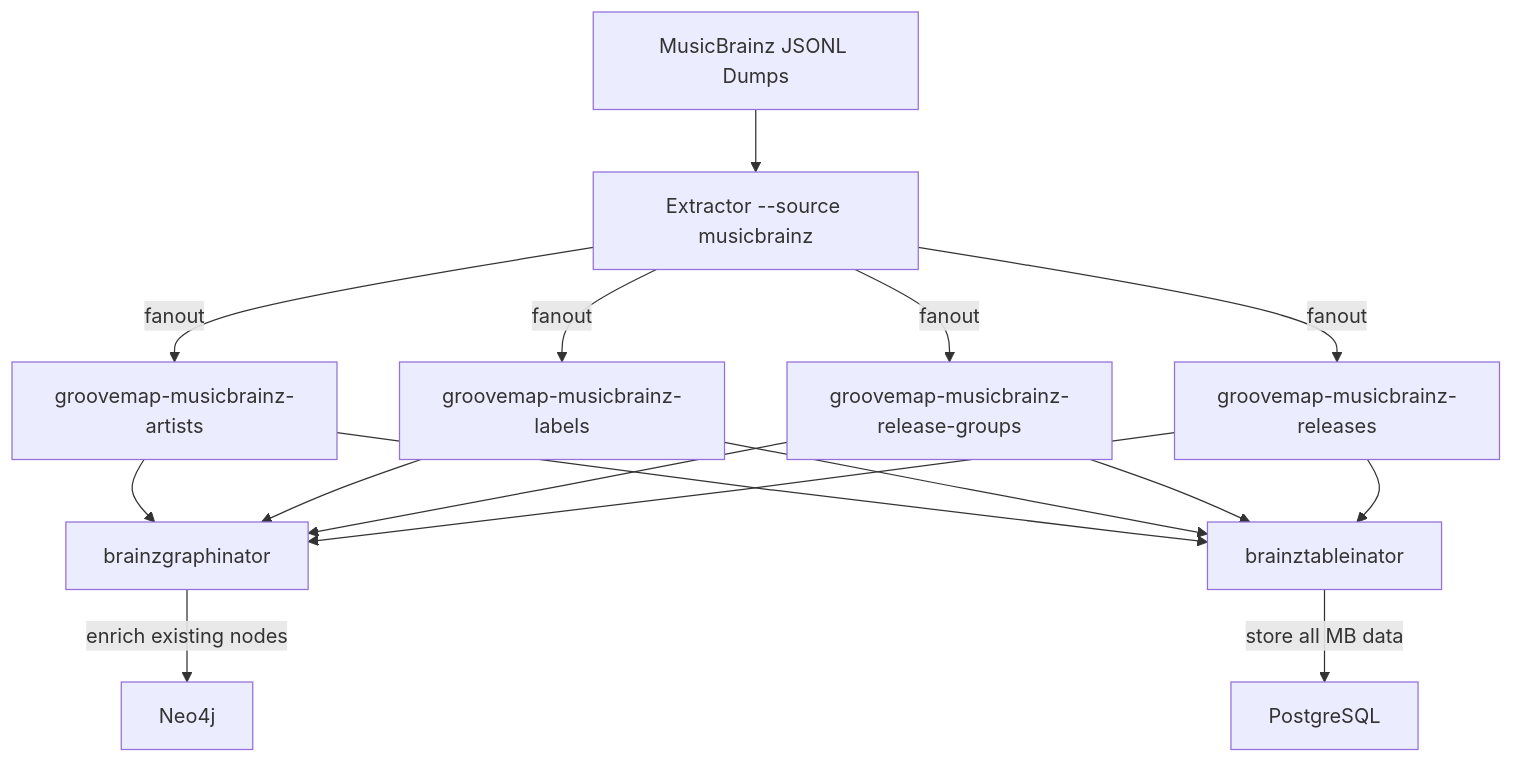
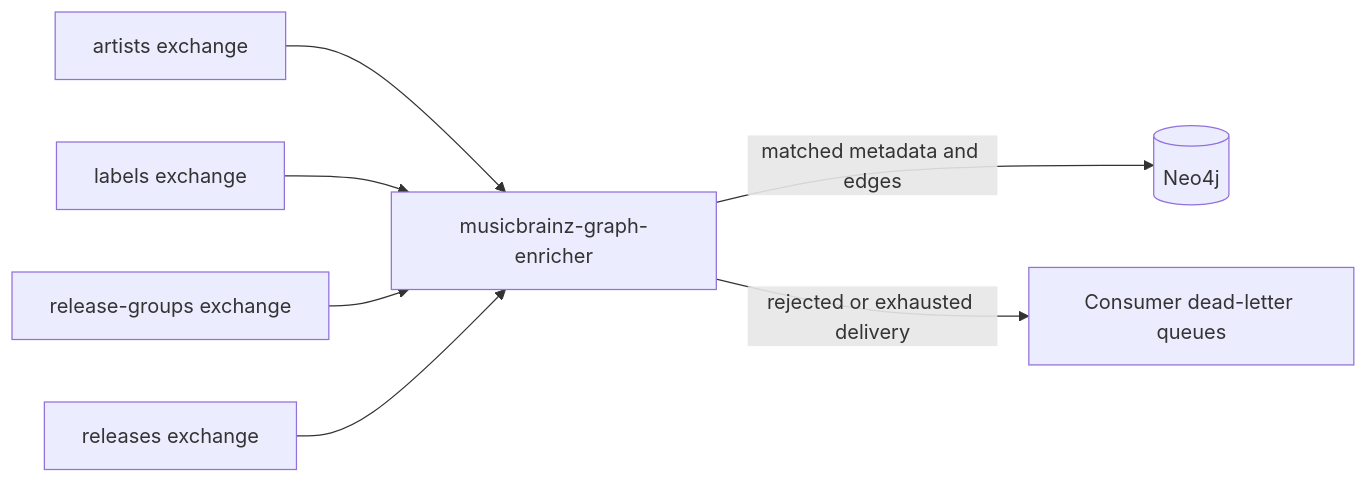
Before and after one commit to groovemap-music/musicbrainz-graph-enricher: the diagram in docs/musicbrainz-sync.md, drawn with Mermaid. The commit also changed other lines of this file and 13 other files, not shown here.

Commit message:
docs(identity): publish MusicBrainz enricher service contract

````diff
--- a/docs/musicbrainz-sync.md
+++ b/docs/musicbrainz-sync.md
@@ -9,18 +19,17 @@
 ```mermaid
-graph TD
-    MB[MusicBrainz JSONL Dumps] --> EXT[Extractor --source musicbrainz]
-    EXT -->|fanout| EA[groovemap-musicbrainz-artists]
-    EXT -->|fanout| EL[groovemap-musicbrainz-labels]
-    EXT -->|fanout| ERG[groovemap-musicbrainz-release-groups]
-    EXT -->|fanout| ER[groovemap-musicbrainz-releases]
-    EA --> BG[brainzgraphinator]
-    EA --> BT[brainztableinator]
-    EL --> BG
-    EL --> BT
-    ERG --> BG
-    ERG --> BT
-    ER --> BG
-    ER --> BT
-    BG -->|enrich existing nodes| NEO[Neo4j]
-    BT -->|store all MB data| PG[PostgreSQL]
+flowchart LR
+    Artist[artists exchange]
+    Label[labels exchange]
+    Group[release-groups exchange]
+    Release[releases exchange]
+    Enricher[musicbrainz-graph-enricher]
+    Neo4j[(Neo4j)]
+    DeadLetter[Consumer dead-letter queues]
+
+    Artist --> Enricher
+    Label --> Enricher
+    Group --> Enricher
+    Release --> Enricher
+    Enricher -->|matched metadata and edges| Neo4j
+    Enricher -->|rejected or exhausted delivery| DeadLetter
 ```
````
